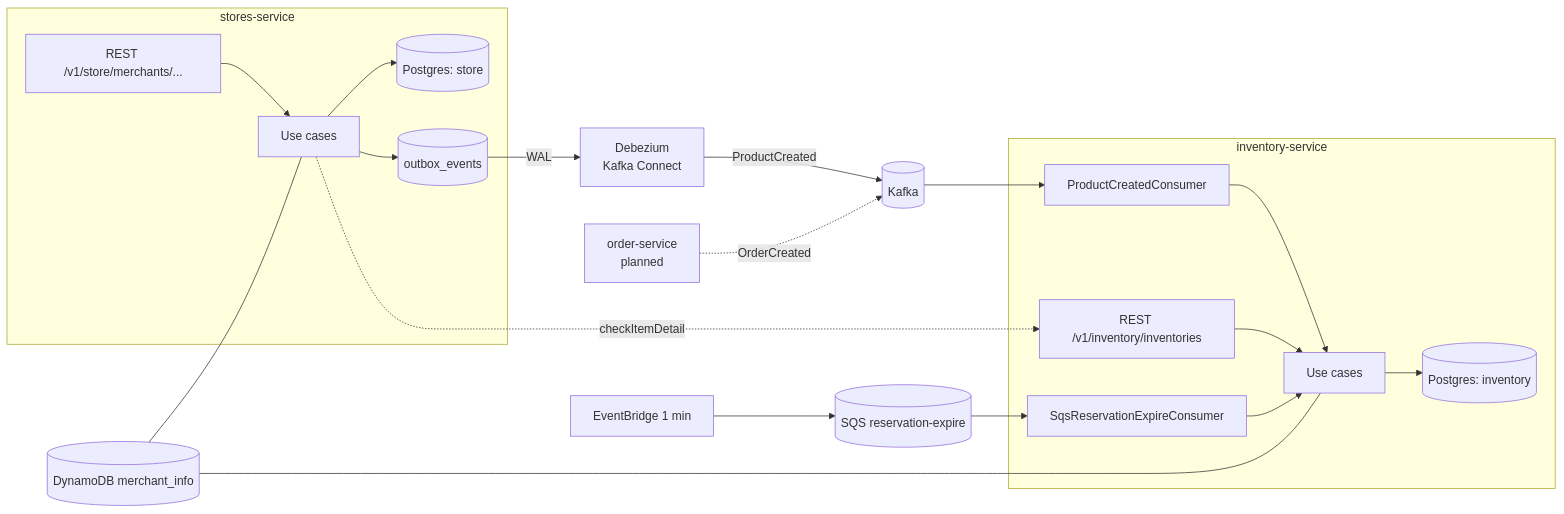
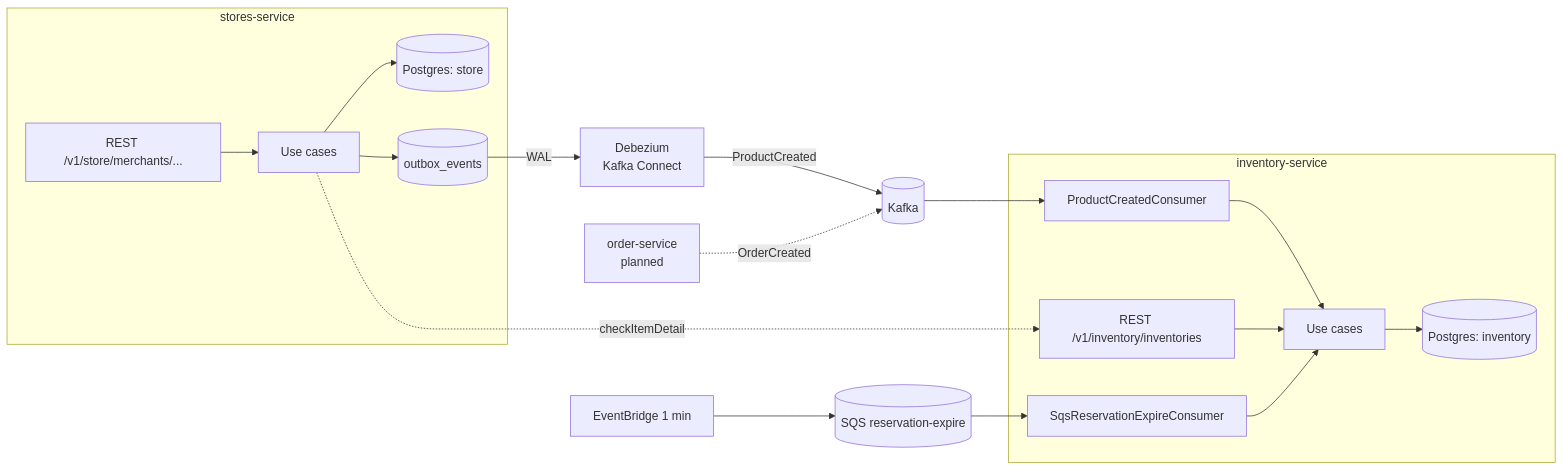
The diagram in architecture/system-overview.md (domt97/oms-workspace), drawn with Mermaid before and after one commit. The commit also changed other lines of this file and 13 other files, not shown here.

````diff
--- a/architecture/system-overview.md
+++ b/architecture/system-overview.md
@@ -3,22 +3,20 @@
 ```mermaid
 flowchart LR
     subgraph stores-service
         SAPI[REST /v1/store/merchants/...] --> SUC[Use cases]
         SUC --> SDB[(Postgres: store)]
         SUC --> OB[(outbox_events)]
     end
     OB -- WAL --> DBZ[Debezium<br/>Kafka Connect]
     DBZ -- ProductCreated --> K[(Kafka)]
     K --> PC[ProductCreatedConsumer]
     subgraph inventory-service
         PC --> IUC[Use cases]
         IAPI[REST /v1/inventory/inventories] --> IUC
         SQS[SqsReservationExpireConsumer] --> IUC
         IUC --> IDB[(Postgres: inventory)]
     end
     EB[EventBridge 1 min] --> Q[(SQS reservation-expire)] --> SQS
     ORD[order-service<br/>planned] -. OrderCreated .-> K
     SUC -. checkItemDetail .-> IAPI
-    DDB[(DynamoDB merchant_info)] --- SUC
-    DDB --- IUC
 ```
````
